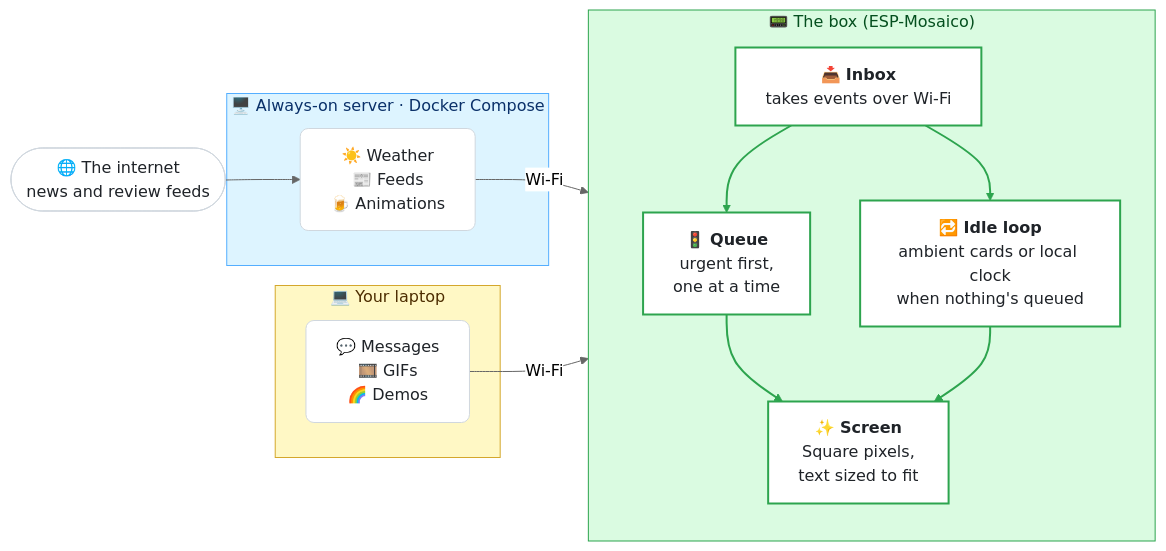
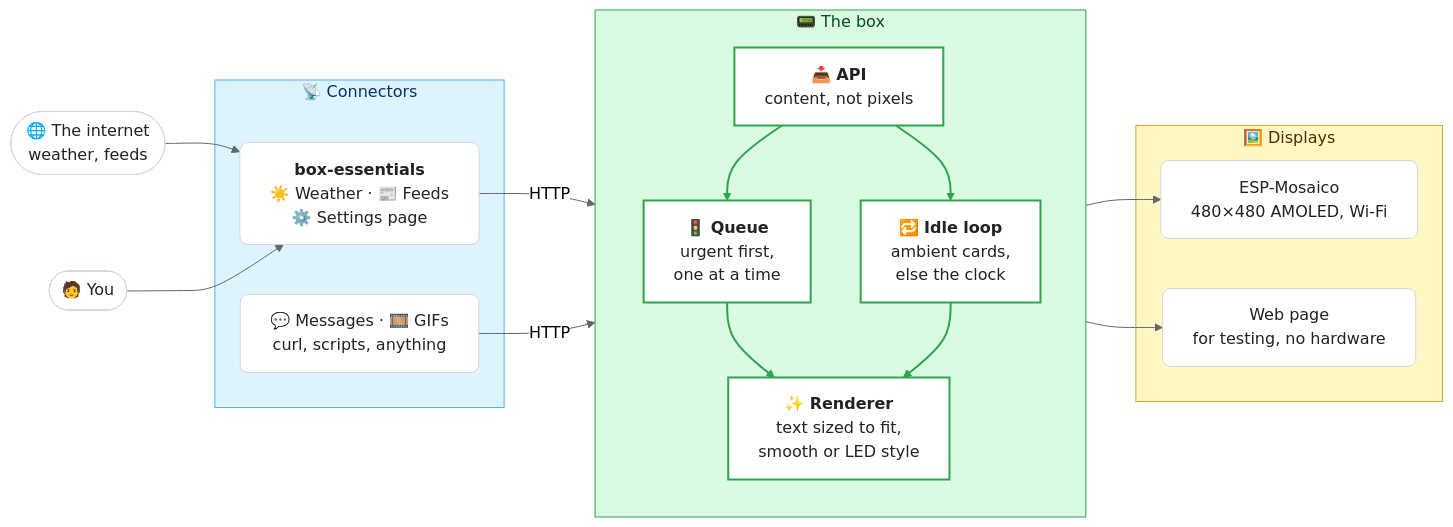
One commit to theowiik/box changed the diagram in README.md. Above: the diagram before and after it, drawn with Mermaid (neutral theme). The commit also changed other lines of this file and 87 other files, not shown here.

First line of the commit message:
Displays as plugins, box-essentials with a settings page, Docker toolchain

````diff
--- a/README.md
+++ b/README.md
@@ -13,35 +17,41 @@
 ```mermaid
 flowchart LR
-    web(["🌐 The internet<br/>news and review feeds"])
+    web(["🌐 The internet<br/>weather, feeds"])
+    you(["🧑 You"])
 
-    subgraph server["🖥️ Always-on server · Docker Compose"]
-        sources["☀️ Weather<br/>📰 Feeds<br/>🍺 Animations"]
+    subgraph connectors["📡 Connectors"]
+        essentials["<b>box-essentials</b><br/>☀️ Weather · 📰 Feeds<br/>⚙️ Settings page"]
+        tools["💬 Messages · 🎞️ GIFs<br/>curl, scripts, anything"]
     end
 
-    subgraph laptop["💻 Your laptop"]
-        tools["💬 Messages<br/>🎞️ GIFs<br/>🌈 Demos"]
+    subgraph box["📟 The box"]
+        direction TB
+        inbox["📥 <b>API</b><br/>content, not pixels"]
+        queue["🚦 <b>Queue</b><br/>urgent first,<br/>one at a time"]
+        idle["🔁 <b>Idle loop</b><br/>ambient cards,<br/>else the clock"]
+        draw["✨ <b>Renderer</b><br/>text sized to fit,<br/>smooth or LED style"]
+        inbox --> queue --> draw
+        inbox --> idle --> draw
     end
 
-    subgraph box["📟 The box (ESP-Mosaico)"]
-        direction TB
-        inbox["📥 <b>Inbox</b><br/>takes events over Wi-Fi"]
-        queue["🚦 <b>Queue</b><br/>urgent first,<br/>one at a time"]
-        idle["🔁 <b>Idle loop</b><br/>ambient cards or local clock<br/>when nothing's queued"]
-        screen["✨ <b>Screen</b><br/>Square pixels,<br/>text sized to fit"]
-        inbox --> queue --> screen
-        inbox --> idle --> screen
+    subgraph displays["🖼️ Displays"]
+        mosaico["ESP-Mosaico<br/>480×480 AMOLED, Wi-Fi"]
+        browser["Web page<br/>for testing, no hardware"]
     end
 
-    web --> sources
-    sources -->|Wi-Fi| box
-    tools -->|Wi-Fi| box
+    web --> essentials
+    you --> essentials
+    essentials -->|HTTP| inbox
+    tools -->|HTTP| inbox
+    draw --> mosaico
+    draw --> browser
 
     classDef thing fill:#ffffff,stroke:#d0d7de,color:#1f2328,rx:8,ry:8
     classDef step fill:#ffffff,stroke:#2da44e,stroke-width:2px,color:#1f2328
-    class web,sources,tools thing
-    class inbox,queue,idle,screen step
-    style server fill:#ddf4ff,stroke:#54aeff,color:#0a3069
-    style laptop fill:#fff8c5,stroke:#d4a72c,color:#4d2d00
+    class web,you,essentials,tools,mosaico,browser thing
+    class inbox,queue,idle,draw step
+    style connectors fill:#ddf4ff,stroke:#54aeff,color:#0a3069
+    style displays fill:#fff8c5,stroke:#d4a72c,color:#4d2d00
     style box fill:#dafbe1,stroke:#2da44e,color:#044f1e
     linkStyle 0,1,2,3 stroke:#2da44e,stroke-width:2px
 ```
````
